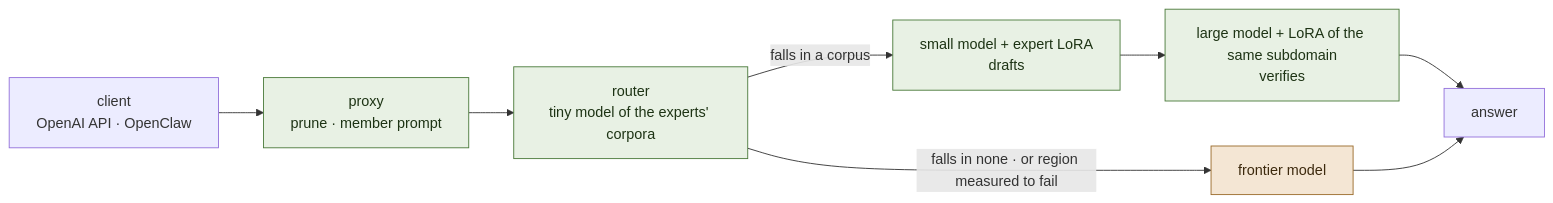
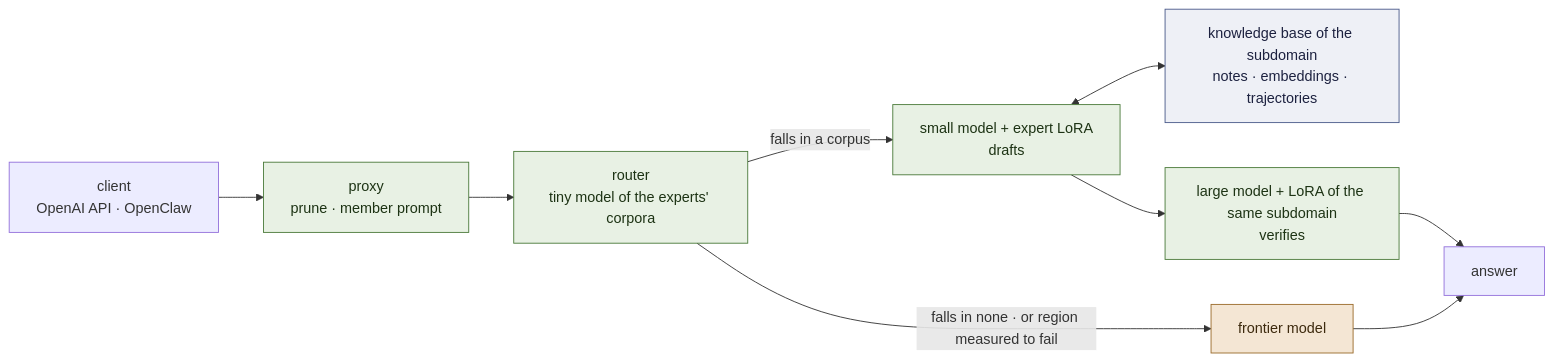
The diagram in README.md (EvolvingAgentsLabs/lora-kernel), drawn with Mermaid before and after one commit. The commit also changed other lines of this file and 23 other files, not shown here.

First line of the commit message:
M2 [ran]: the corpus router does not pass; milestone 7 — a knowledge base per subdomain, the trajectory as the harness; arm 0 [ran] (#226)

````diff
--- a/README.md
+++ b/README.md
@@ -45,14 +51,17 @@
 ```mermaid
 flowchart LR
     C["client<br>OpenAI API · OpenClaw"] --> P["proxy<br>prune · member prompt"]
     P --> R["router<br>tiny model of the experts' corpora"]
     R -- "falls in a corpus" --> S["small model + expert LoRA<br>drafts"]
+    S <--> K["knowledge base of the subdomain<br>notes · embeddings · trajectories"]
     S --> L["large model + LoRA of the same subdomain<br>verifies"]
     R -- "falls in none · or region measured to fail" --> F["frontier model"]
     L --> A["answer"]
     F --> A
     classDef local fill:#e8f1e4,stroke:#4a7a3a,color:#1d3314
     classDef out fill:#f4e6d4,stroke:#9a6a2a,color:#3d2a0e
     class P,R,S,L local
     class F out
+    classDef art fill:#eef0f6,stroke:#4a5a8a,color:#1d2240
+    class K art
 ```
````
